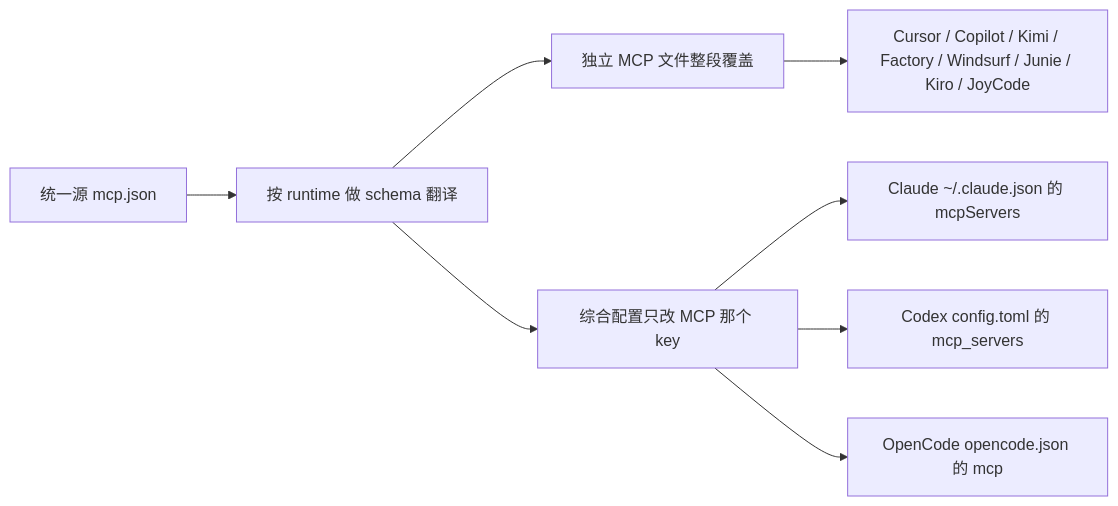
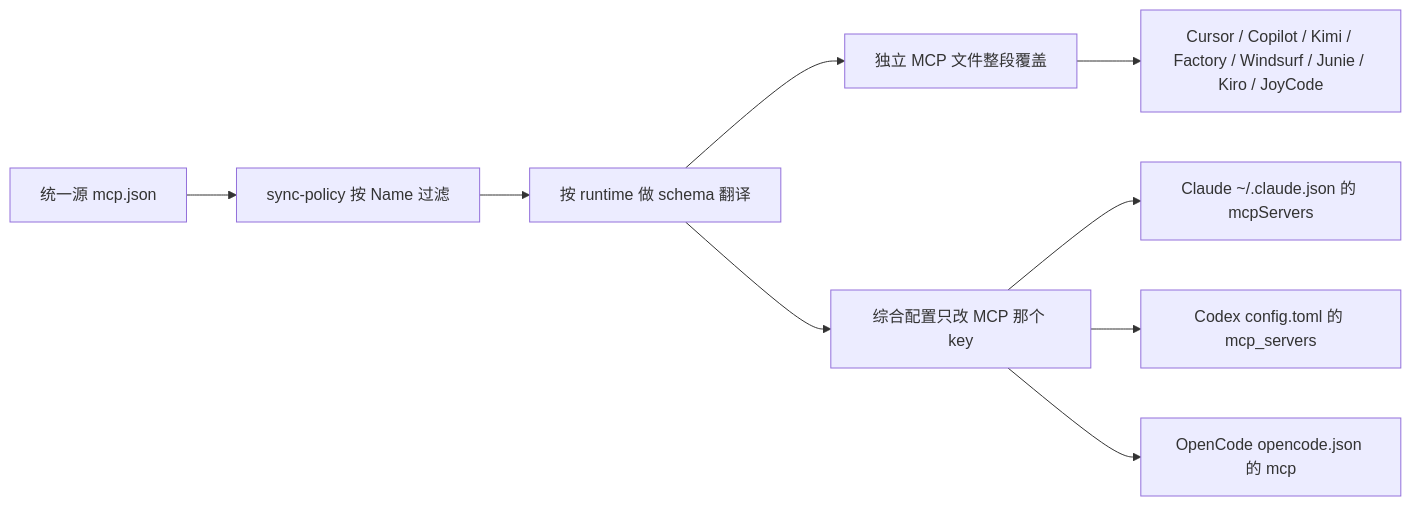
The diagram in docs/agent_runtime_mcp_paths.md (x0c/agentsync), drawn with Mermaid before and after one commit. The commit also changed other lines of this file and 16 other files, not shown here.

````diff
--- a/docs/agent_runtime_mcp_paths.md
+++ b/docs/agent_runtime_mcp_paths.md
@@ -45,10 +46,11 @@
 ```mermaid
 flowchart LR
-    Source["统一源 mcp.json"] --> Translate["按 runtime 做 schema 翻译"]
+    Source["统一源 mcp.json"] --> Policy["sync-policy 按 Name 过滤"]
+    Policy --> Translate["按 runtime 做 schema 翻译"]
     Translate --> Dedicated["独立 MCP 文件整段覆盖"]
     Translate --> Mixed["综合配置只改 MCP 那个 key"]
     Dedicated --> Cursor["Cursor / Copilot / Kimi / Factory / Windsurf / Junie / Kiro / JoyCode"]
     Mixed --> Claude["Claude ~/.claude.json 的 mcpServers"]
     Mixed --> Codex["Codex config.toml 的 mcp_servers"]
     Mixed --> OpenCode["OpenCode opencode.json 的 mcp"]
 ```
````
